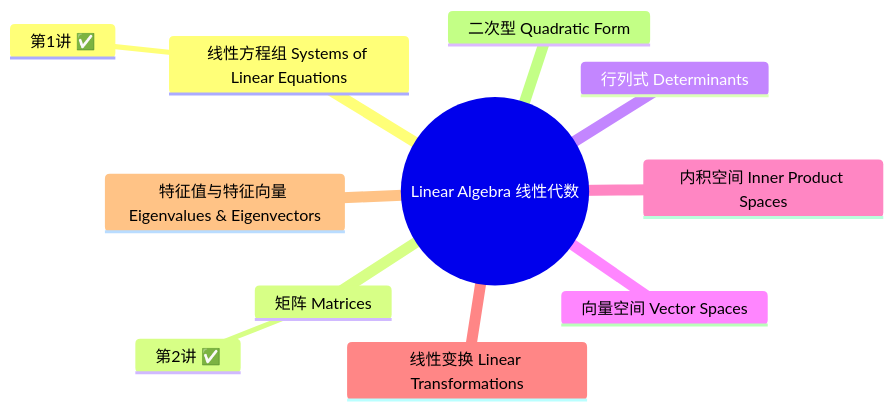
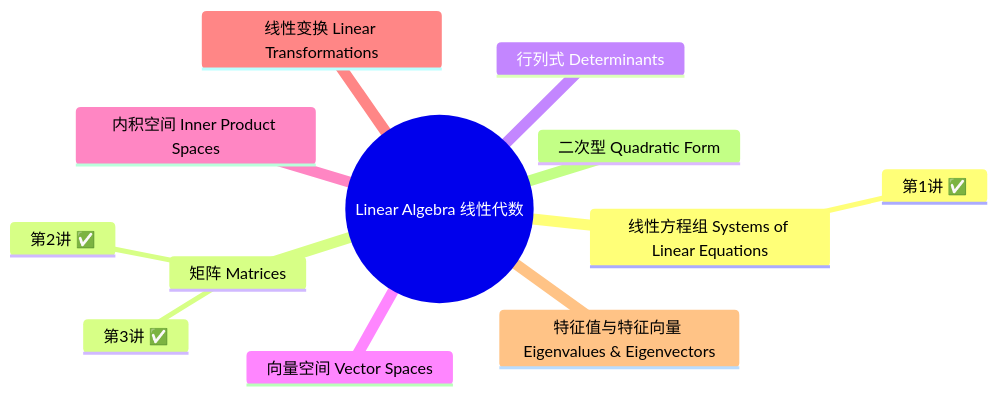
One commit to Korotomx/STD changed the diagram in Math/Linear Algebra/主页.md. Above: the diagram before and after it, drawn with Mermaid. The commit also changed other lines of this file and 3 other files, not shown here.

````diff
--- a/Math/Linear Algebra/主页.md
+++ b/Math/Linear Algebra/主页.md
@@ -12,14 +12,15 @@
 ```mermaid
 mindmap
   root((Linear Algebra 线性代数))
     线性方程组 Systems of Linear Equations
       第1讲 ✅
     矩阵 Matrices
       第2讲 ✅
+      第3讲 ✅
     行列式 Determinants
     向量空间 Vector Spaces
     内积空间 Inner Product Spaces
     线性变换 Linear Transformations
     特征值与特征向量 Eigenvalues & Eigenvectors
     二次型 Quadratic Form
 ```
````
